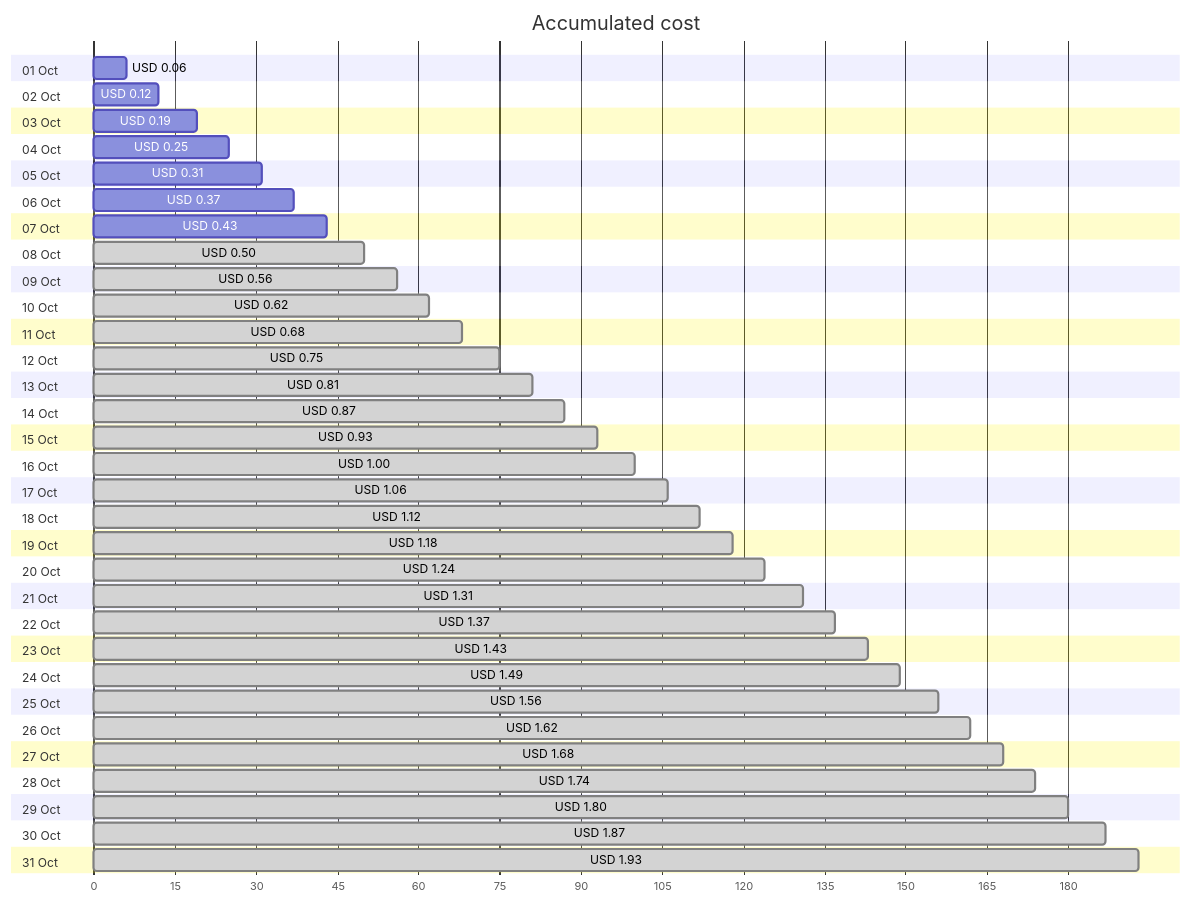
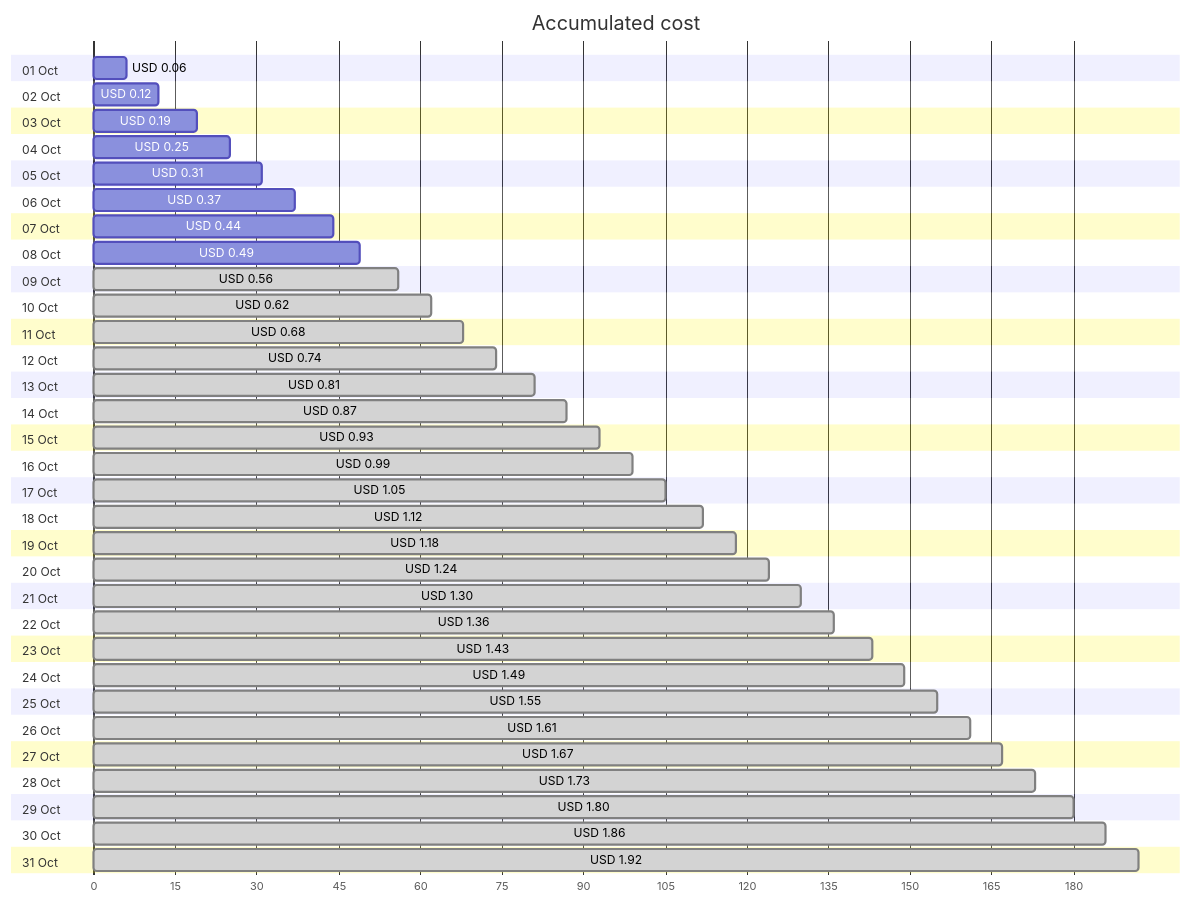
Before and after one commit to jpfulton/azure-personal-reports: the first of 4 diagrams in cost-reports/personal-network/vpn-server_OsDisk.md, drawn with Mermaid. The commit also changed other lines of this file and 8 other files, not shown here.

````diff
--- a/cost-reports/personal-network/vpn-server_OsDisk.md
+++ b/cost-reports/personal-network/vpn-server_OsDisk.md
@@ -20,68 +20,68 @@
 ```mermaid
 gantt
    title Accumulated cost
    dateFormat  X
    axisFormat %s
    section 01 Oct
    USD 0.06 :0, 6
    section 02 Oct
    USD 0.12 :0, 12
    section 03 Oct
    USD 0.19 :0, 19
    section 04 Oct
    USD 0.25 :0, 25
    section 05 Oct
    USD 0.31 :0, 31
    section 06 Oct
    USD 0.37 :0, 37
    section 07 Oct
-   USD 0.43 :0, 43
+   USD 0.44 :0, 44
    section 08 Oct
-   USD 0.50 : done, 0, 50
+   USD 0.49 :0, 49
    section 09 Oct
    USD 0.56 : done, 0, 56
    section 10 Oct
    USD 0.62 : done, 0, 62
    section 11 Oct
    USD 0.68 : done, 0, 68
    section 12 Oct
-   USD 0.75 : done, 0, 75
+   USD 0.74 : done, 0, 74
    section 13 Oct
    USD 0.81 : done, 0, 81
    section 14 Oct
    USD 0.87 : done, 0, 87
    section 15 Oct
    USD 0.93 : done, 0, 93
    section 16 Oct
-   USD 1.00 : done, 0, 100
+   USD 0.99 : done, 0, 99
    section 17 Oct
-   USD 1.06 : done, 0, 106
+   USD 1.05 : done, 0, 105
    section 18 Oct
    USD 1.12 : done, 0, 112
    section 19 Oct
    USD 1.18 : done, 0, 118
    section 20 Oct
    USD 1.24 : done, 0, 124
    section 21 Oct
-   USD 1.31 : done, 0, 131
+   USD 1.30 : done, 0, 130
    section 22 Oct
-   USD 1.37 : done, 0, 137
+   USD 1.36 : done, 0, 136
    section 23 Oct
    USD 1.43 : done, 0, 143
    section 24 Oct
    USD 1.49 : done, 0, 149
    section 25 Oct
-   USD 1.56 : done, 0, 156
+   USD 1.55 : done, 0, 155
    section 26 Oct
-   USD 1.62 : done, 0, 162
+   USD 1.61 : done, 0, 161
    section 27 Oct
-   USD 1.68 : done, 0, 168
+   USD 1.67 : done, 0, 167
    section 28 Oct
-   USD 1.74 : done, 0, 174
+   USD 1.73 : done, 0, 173
    section 29 Oct
    USD 1.80 : done, 0, 180
    section 30 Oct
-   USD 1.87 : done, 0, 187
+   USD 1.86 : done, 0, 186
    section 31 Oct
-   USD 1.93 : done, 0, 193
+   USD 1.92 : done, 0, 192
 ```
````
